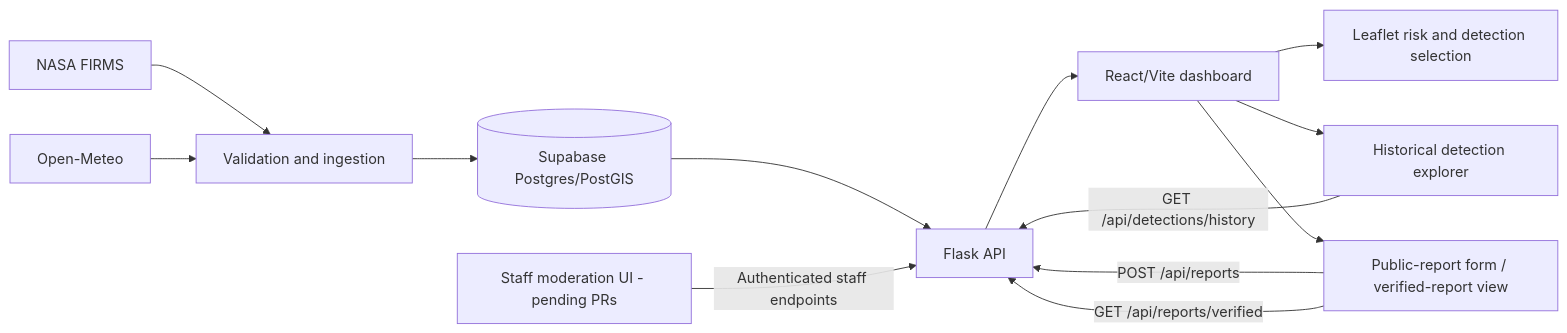
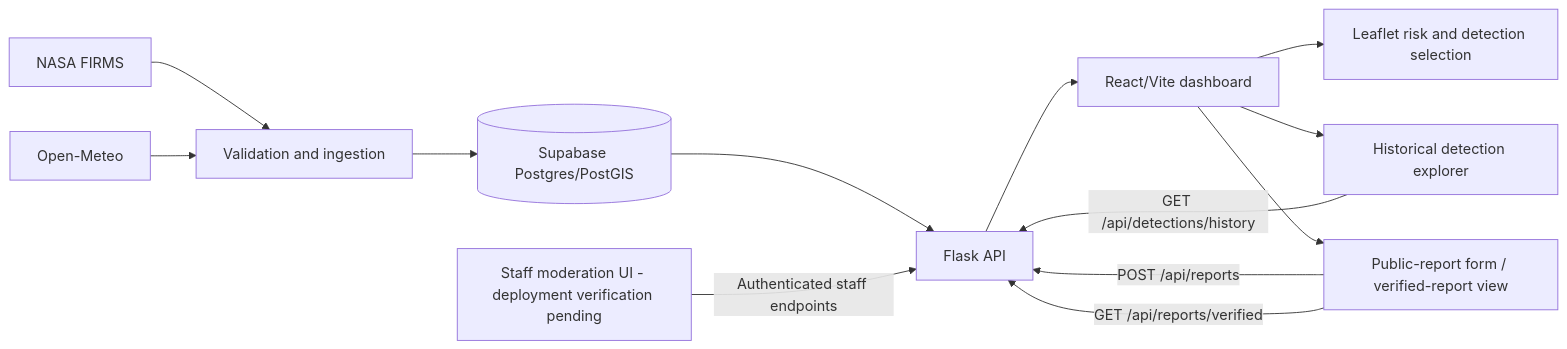
Before and after one commit to RianaMalhotra/EmberWatch: the diagram in docs/sprint6-integration-verification.md, drawn with Mermaid. The commit also changed other lines of this file, not shown here.

Commit message:
docs: reconcile merged moderation dependencies and Sprint 6 closure gate

````diff
--- a/docs/sprint6-integration-verification.md
+++ b/docs/sprint6-integration-verification.md
@@ -19,15 +19,15 @@
 ```mermaid
 flowchart LR
   F[NASA FIRMS] --> I[Validation and ingestion]
   W[Open-Meteo] --> I
   I --> D[(Supabase Postgres/PostGIS)]
   D --> B[Flask API]
   B --> A[React/Vite dashboard]
   A --> M[Leaflet risk and detection selection]
   A --> H[Historical detection explorer]
   A --> P[Public-report form / verified-report view]
   H -->|GET /api/detections/history| B
   P -->|POST /api/reports| B
   P -->|GET /api/reports/verified| B
-  S[Staff moderation UI - pending PRs] -->|Authenticated staff endpoints| B
+  S[Staff moderation UI - deployment verification pending] -->|Authenticated staff endpoints| B
 ```
````
